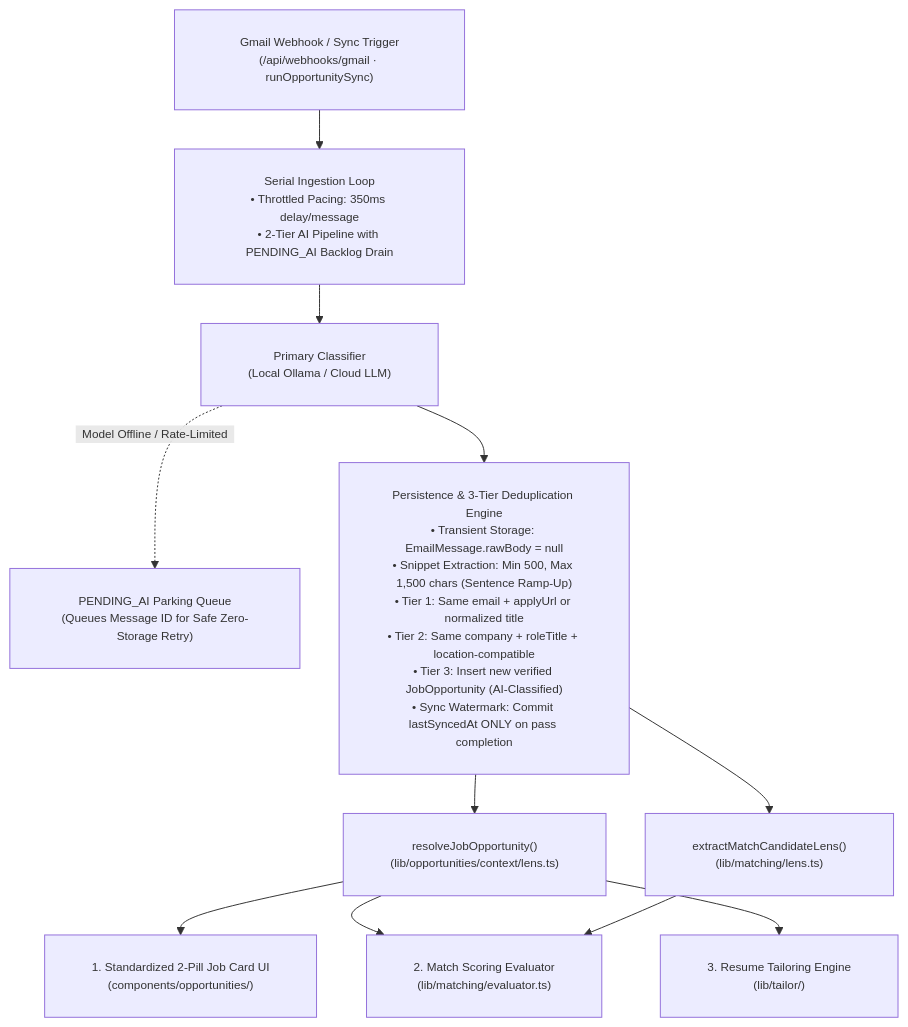
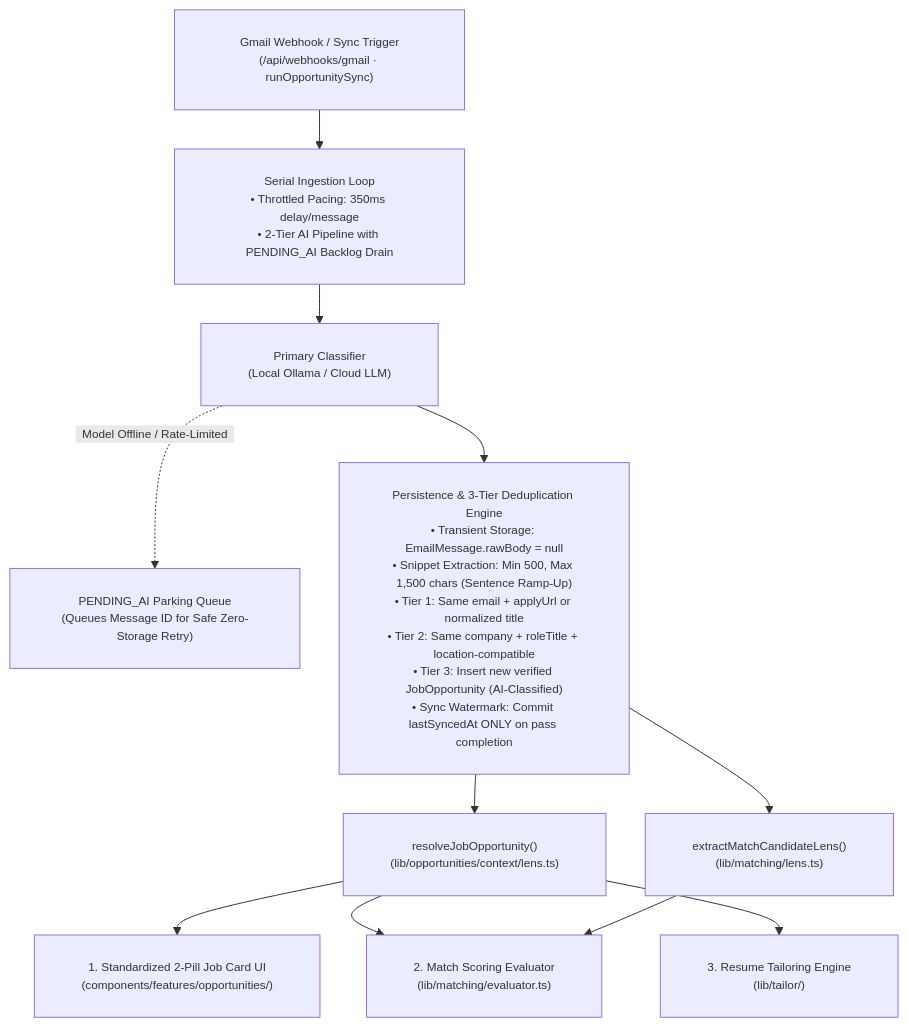
Before and after one commit to Marqlo-C/mailpilot: the second of 18 diagrams in README.md, drawn with Mermaid. The commit also changed other lines of this file and 418 other files, not shown here.

````diff
--- a/README.md
+++ b/README.md
@@ -177,17 +180,17 @@
 ```mermaid
 %%{init: {"themeVariables": {"fontSize": "12px", "fontFamily": "-apple-system, BlinkMacSystemFont, Segoe UI, sans-serif"}, "themeCSS": ".edgeLabel foreignObject { overflow: visible !important; } .edgeLabel span { padding: 0 4px; }", "flowchart": {"padding": 24, "nodeSpacing": 40, "rankSpacing": 40}}}%%
 flowchart TD
   TRIG["Gmail Webhook / Sync Trigger<br/>(/api/webhooks/gmail · runOpportunitySync)"] --> INGEST["Serial Ingestion Loop<br/>• Throttled Pacing: 350ms delay/message<br/>• 2-Tier AI Pipeline with PENDING_AI Backlog Drain"]
 
   INGEST --> CLF["Primary Classifier<br/>(Local Ollama / Cloud LLM)"]
   CLF -.->|"&nbsp;&nbsp;Model Offline / Rate-Limited&nbsp;&nbsp;"| PARK["PENDING_AI Parking Queue<br/>(Queues Message ID for Safe Zero-Storage Retry)"]
 
   CLF --> DEDUP["Persistence & 3-Tier Deduplication Engine<br/>• Transient Storage: EmailMessage.rawBody = null<br/>• Snippet Extraction: Min 500, Max 1,500 chars (Sentence Ramp-Up)<br/>• Tier 1: Same email + applyUrl or normalized title<br/>• Tier 2: Same company + roleTitle + location-compatible<br/>• Tier 3: Insert new verified JobOpportunity (AI-Classified)<br/>• Sync Watermark: Commit lastSyncedAt ONLY on pass completion"]
 
   DEDUP --> LENS_JOB["resolveJobOpportunity()<br/>(lib/opportunities/context/lens.ts)"]
   DEDUP --> LENS_MATCH["extractMatchCandidateLens()<br/>(lib/matching/lens.ts)"]
 
-  LENS_JOB --> UI["1. Standardized 2-Pill Job Card UI<br/>(components/opportunities/)"]
+  LENS_JOB --> UI["1. Standardized 2-Pill Job Card UI<br/>(components/features/opportunities/)"]
   LENS_JOB & LENS_MATCH --> MATCH["2. Match Scoring Evaluator<br/>(lib/matching/evaluator.ts)"]
   LENS_JOB --> TAILOR["3. Resume Tailoring Engine<br/>(lib/tailor/)"]
 ```
````
